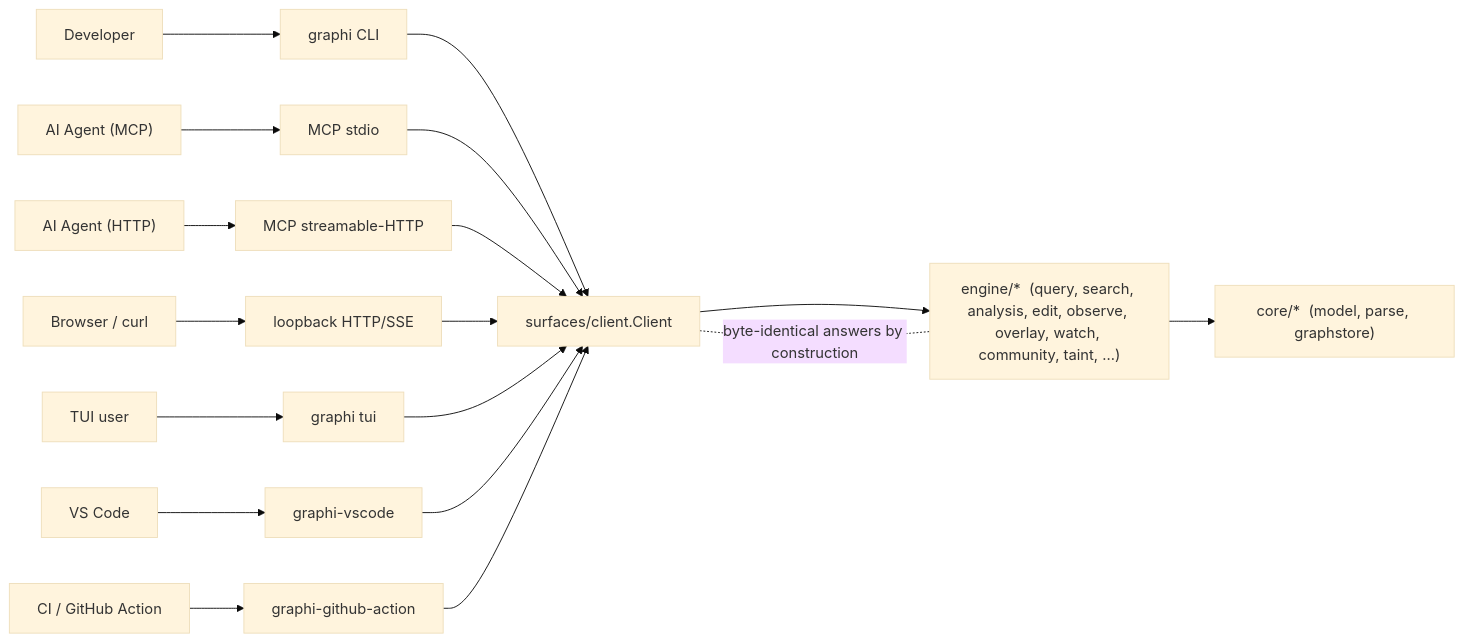
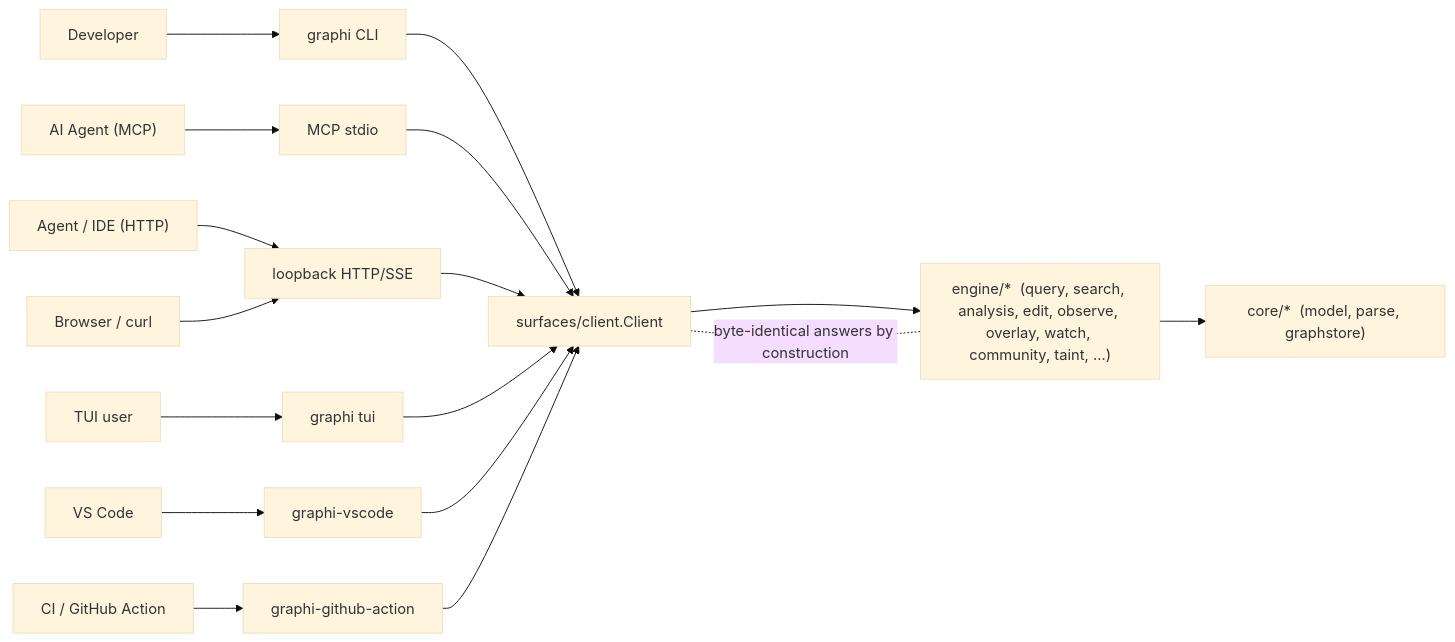
One commit to samibel/graphi changed the first of 3 diagrams in readme.md. Above: the diagram before and after it, drawn with Mermaid (base theme). The commit also changed other lines of this file and 198 other files, not shown here.

Commit message:
Harden Graphi core, surfaces, and release path

````diff
--- a/readme.md
+++ b/readme.md
@@ -123,20 +125,19 @@
 ```mermaid
 flowchart LR
   DEV["Developer"] --> CLI["graphi CLI"]
   AGT["AI Agent (MCP)"] --> MCPSTD["MCP stdio"]
-  AGT2["AI Agent (HTTP)"] --> MCPHTTP["MCP streamable-HTTP"]
+  AGT2["Agent / IDE (HTTP)"] --> HTTP
   USR["Browser / curl"] --> HTTP["loopback HTTP/SSE"]
   TUI_USER["TUI user"] --> TUI["graphi tui"]
   VS["VS Code"] --> VSX["graphi-vscode"]
   CI["CI / GitHub Action"] --> GHA["graphi-github-action"]
   CLI --> CL["surfaces/client.Client"]
   MCPSTD --> CL
-  MCPHTTP --> CL
   HTTP --> CL
   TUI --> CL
   VSX --> CL
   GHA --> CL
   CL --> ENG["engine/*  (query, search, analysis, edit, observe, overlay, watch, community, taint, …)"]
   ENG --> CORE["core/*  (model, parse, graphstore)"]
   CL -. "byte-identical answers by construction" .- ENG
 ```
````
